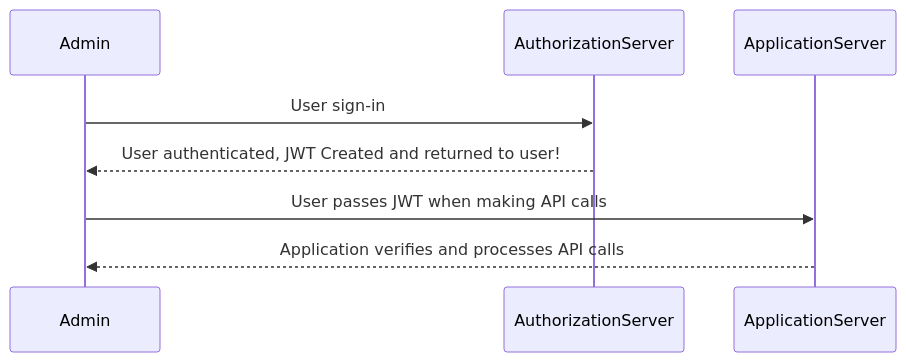
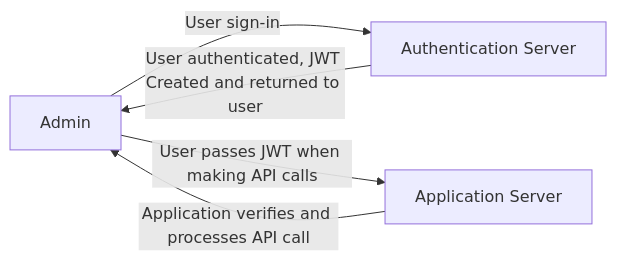
The first of 4 diagrams in README.md (rithijerald/Manufacturing-RFQ-Management), drawn with Mermaid before and after one commit. The commit also changed other lines of this file, not shown here.

````diff
--- a/README.md
+++ b/README.md
@@ -18,7 +14,9 @@
 ```mermaid
-sequenceDiagram
-Admin->>AuthorizationServer: User sign-in
-AuthorizationServer-->>Admin: User authenticated, JWT Created and returned to user!
-Admin->>ApplicationServer: User passes JWT when making API calls
-ApplicationServer-->>Admin: Application verifies and processes API calls
+  flowchart LR;
+      A[Admin]--User sign-in-->B[Authentication Server];
+      B--User authenticated, JWT Created and returned to user-->A;
+      A--User passes JWT when making API calls-->C[Application Server];
+      C--Application verifies and processes API call-->A
+      
+
 ```
````
